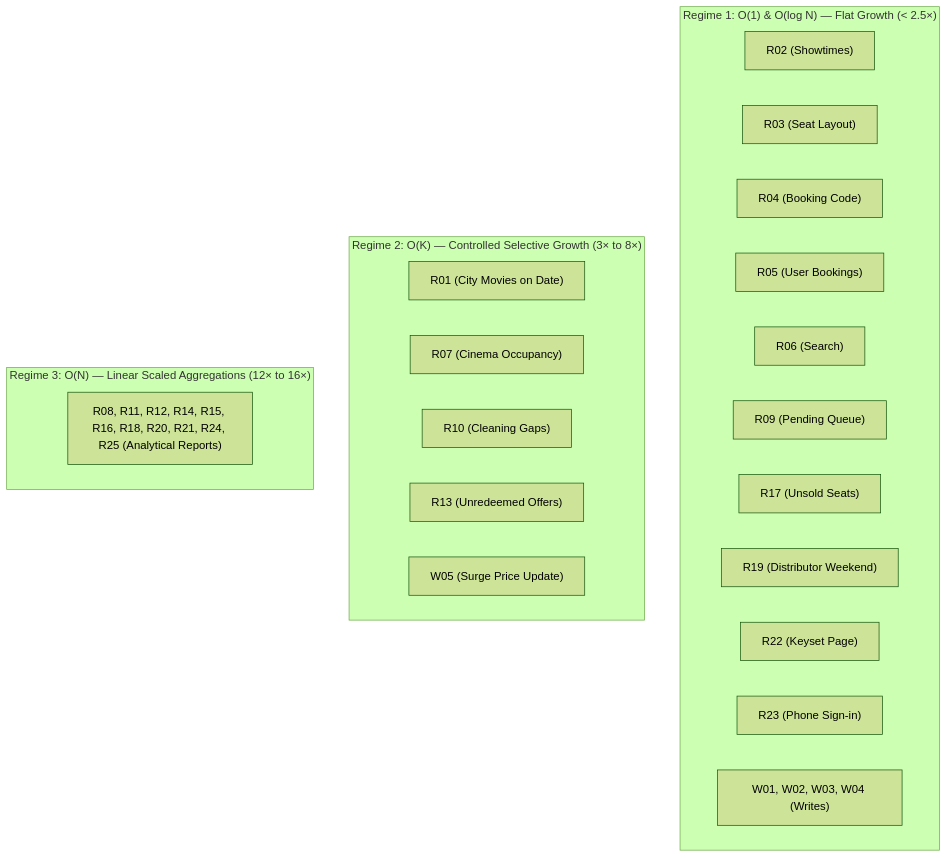
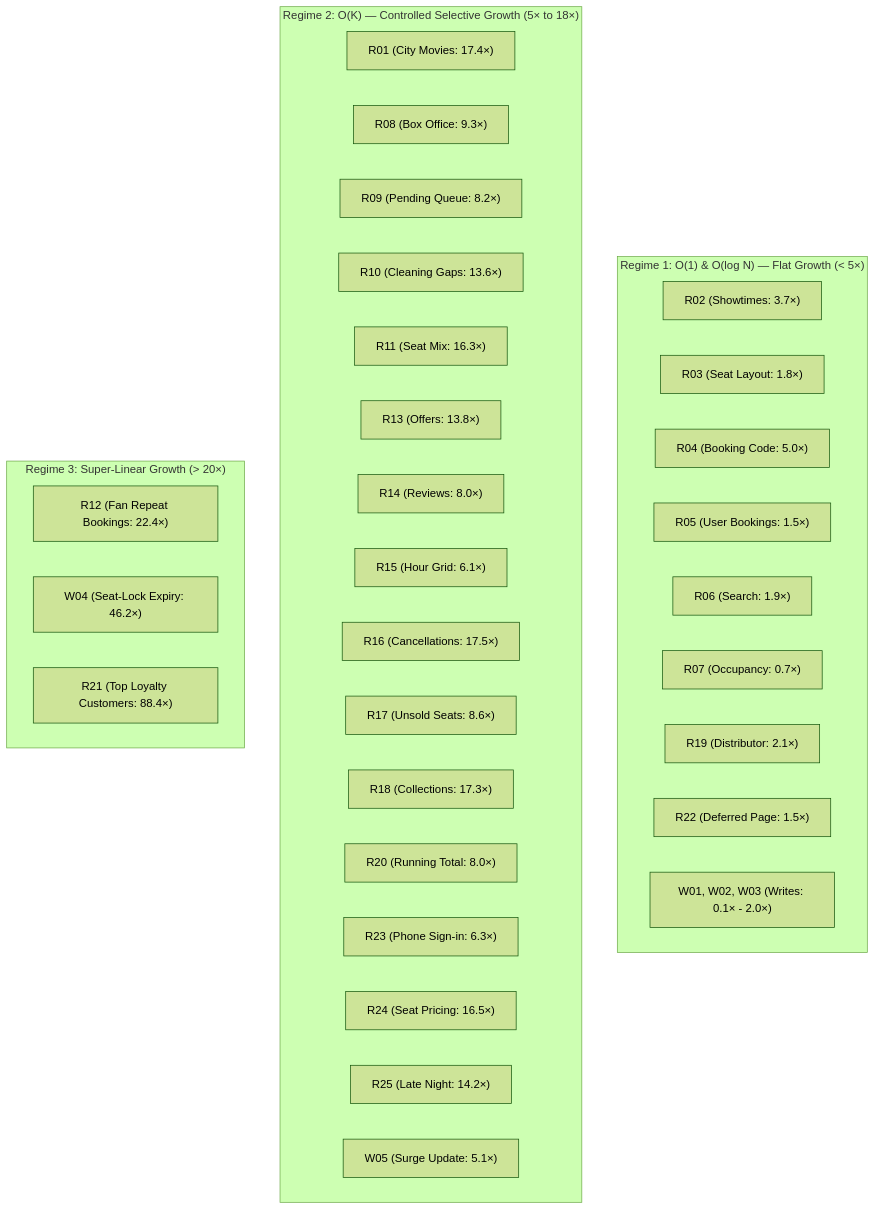
Before and after one commit to EdgeRunner-runit/DE_Project_2026: the first of 2 diagrams in docs/05_scalability_report.md, drawn with Mermaid (forest theme). The commit also changed other lines of this file, not shown here.

````diff
--- a/docs/05_scalability_report.md
+++ b/docs/05_scalability_report.md
@@ -71,28 +73,39 @@
 ```mermaid
 flowchart TD
-    subgraph Regime1 ["Regime 1: O(1) & O(log N) — Flat Growth (< 2.5×)"]
-        R02["R02 (Showtimes)"]
-        R03["R03 (Seat Layout)"]
-        R04["R04 (Booking Code)"]
-        R05["R05 (User Bookings)"]
-        R06["R06 (Search)"]
-        R09["R09 (Pending Queue)"]
-        R17["R17 (Unsold Seats)"]
-        R19["R19 (Distributor Weekend)"]
-        R22["R22 (Keyset Page)"]
-        R23["R23 (Phone Sign-in)"]
-        W01["W01, W02, W03, W04 (Writes)"]
+    subgraph Regime1 ["Regime 1: O(1) & O(log N) — Flat Growth (< 5×)"]
+        R02["R02 (Showtimes: 3.7×)"]
+        R03["R03 (Seat Layout: 1.8×)"]
+        R04["R04 (Booking Code: 5.0×)"]
+        R05["R05 (User Bookings: 1.5×)"]
+        R06["R06 (Search: 1.9×)"]
+        R07["R07 (Occupancy: 0.7×)"]
+        R19["R19 (Distributor: 2.1×)"]
+        R22["R22 (Deferred Page: 1.5×)"]
+        W01["W01, W02, W03 (Writes: 0.1× - 2.0×)"]
     end
 
-    subgraph Regime2 ["Regime 2: O(K) — Controlled Selective Growth (3× to 8×)"]
-        R01["R01 (City Movies on Date)"]
-        R07["R07 (Cinema Occupancy)"]
-        R10["R10 (Cleaning Gaps)"]
-        R13["R13 (Unredeemed Offers)"]
-        W05["W05 (Surge Price Update)"]
+    subgraph Regime2 ["Regime 2: O(K) — Controlled Selective Growth (5× to 18×)"]
+        R01["R01 (City Movies: 17.4×)"]
+        R08["R08 (Box Office: 9.3×)"]
+        R09["R09 (Pending Queue: 8.2×)"]
+        R10["R10 (Cleaning Gaps: 13.6×)"]
+        R11["R11 (Seat Mix: 16.3×)"]
+        R13["R13 (Offers: 13.8×)"]
+        R14["R14 (Reviews: 8.0×)"]
+        R15["R15 (Hour Grid: 6.1×)"]
+        R16["R16 (Cancellations: 17.5×)"]
+        R17["R17 (Unsold Seats: 8.6×)"]
+        R18["R18 (Collections: 17.3×)"]
+        R20["R20 (Running Total: 8.0×)"]
+        R23["R23 (Phone Sign-in: 6.3×)"]
+        R24["R24 (Seat Pricing: 16.5×)"]
+        R25["R25 (Late Night: 14.2×)"]
+        W05["W05 (Surge Update: 5.1×)"]
     end
 
-    subgraph Regime3 ["Regime 3: O(N) — Linear Scaled Aggregations (12× to 16×)"]
-        R08["R08, R11, R12, R14, R15, R16, R18, R20, R21, R24, R25 (Analytical Reports)"]
+    subgraph Regime3 ["Regime 3: Super-Linear Growth (> 20×)"]
+        R12["R12 (Fan Repeat Bookings: 22.4×)"]
+        W04["W04 (Seat-Lock Expiry: 46.2×)"]
+        R21["R21 (Top Loyalty Customers: 88.4×)"]
     end
 ```
````
